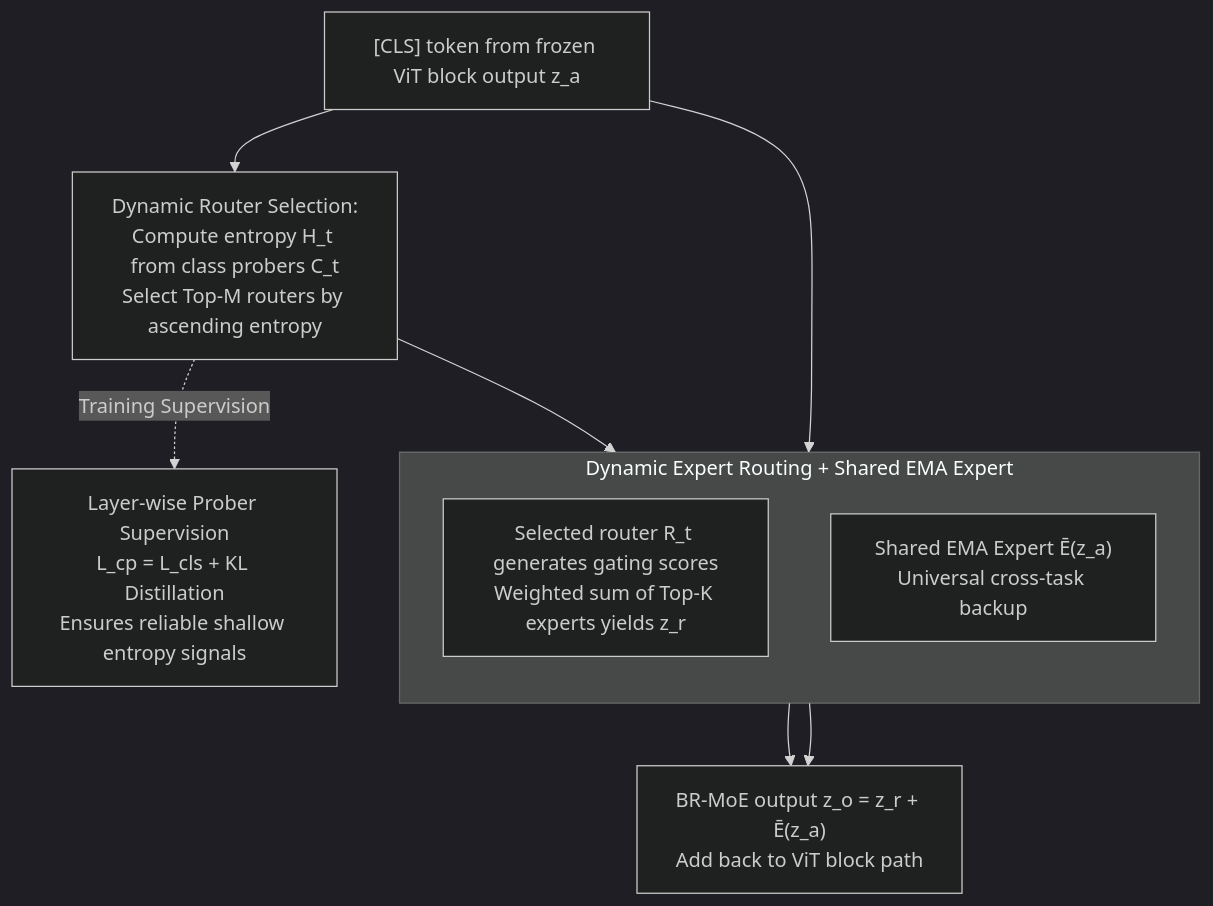
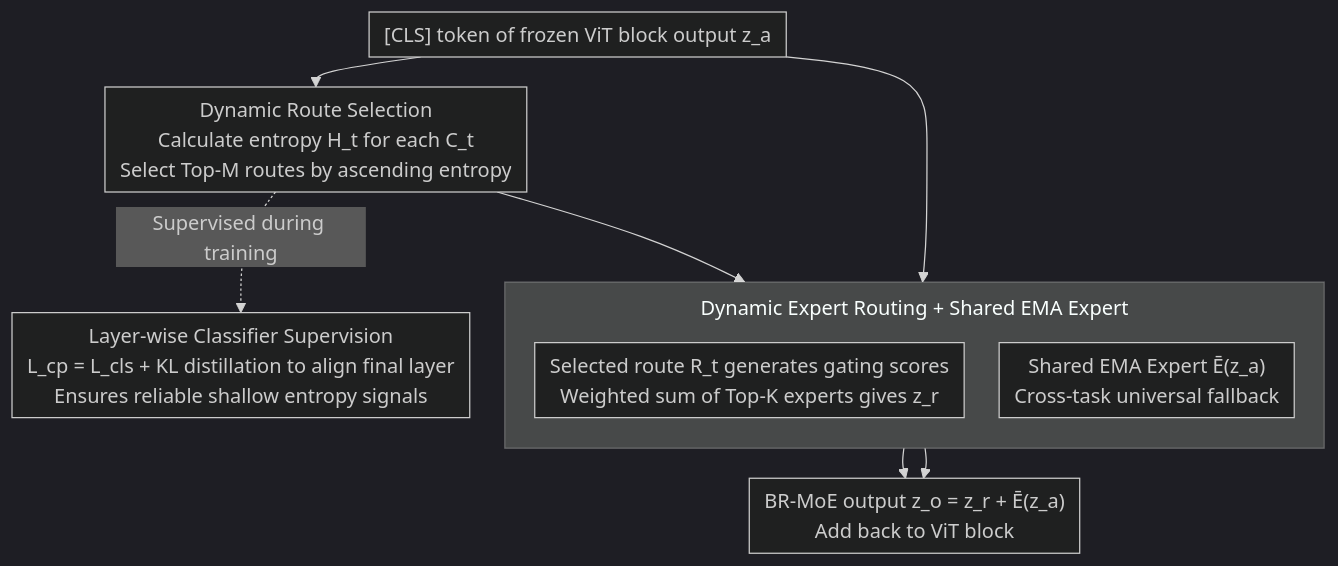
The diagram in docs/ICML2026/self_supervised/scaling_continual_learning_to_300_tasks_with_bi-level_routing_mixture-of-experts.md (zhaoyang97/Paper-Notes-en), drawn with Mermaid (dark theme) before and after one commit. The commit also changed other lines of this file and 5084 other files, not shown here.

````diff
--- a/docs/ICML2026/self_supervised/scaling_continual_learning_to_300_tasks_with_bi-level_routing_mixture-of-experts.md
+++ b/docs/ICML2026/self_supervised/scaling_continual_learning_to_300_tasks_with_bi-level_routing_mixture-of-experts.md
@@ -45,14 +45,15 @@
 ```mermaid
+%%{init: {'flowchart': {'rankSpacing': 24, 'nodeSpacing': 28, 'padding': 6, 'wrappingWidth': 400, 'subGraphTitleMargin': {'top': 8, 'bottom': 16}}}}%%
 flowchart TD
-    A["[CLS] token from frozen ViT block output z_a"] --> B["Dynamic Router Selection:<br/>Compute entropy H_t from class probers C_t<br/>Select Top-M routers by ascending entropy"]
+    A["[CLS] token of frozen ViT block output z_a"] --> B["Dynamic Route Selection<br/>Calculate entropy H_t for each C_t<br/>Select Top-M routes by ascending entropy"]
     subgraph G2["Dynamic Expert Routing + Shared EMA Expert"]
         direction TB
-        C["Selected router R_t generates gating scores<br/>Weighted sum of Top-K experts yields z_r"]
-        D["Shared EMA Expert Ē(z_a)<br/>Universal cross-task backup"]
+        C["Selected route R_t generates gating scores<br/>Weighted sum of Top-K experts gives z_r"]
+        D["Shared EMA Expert Ē(z_a)<br/>Cross-task universal fallback"]
     end
     B --> C
     A --> D
-    C --> E["BR-MoE output z_o = z_r + Ē(z_a)<br/>Add back to ViT block path"]
+    C --> E["BR-MoE output z_o = z_r + Ē(z_a)<br/>Add back to ViT block"]
     D --> E
-    B -.->|Training Supervision| F["Layer-wise Prober Supervision<br/>L_cp = L_cls + KL Distillation<br/>Ensures reliable shallow entropy signals"]
+    B -.->|Supervised during training| F["Layer-wise Classifier Supervision<br/>L_cp = L_cls + KL distillation to align final layer<br/>Ensures reliable shallow entropy signals"]
 ```
````
